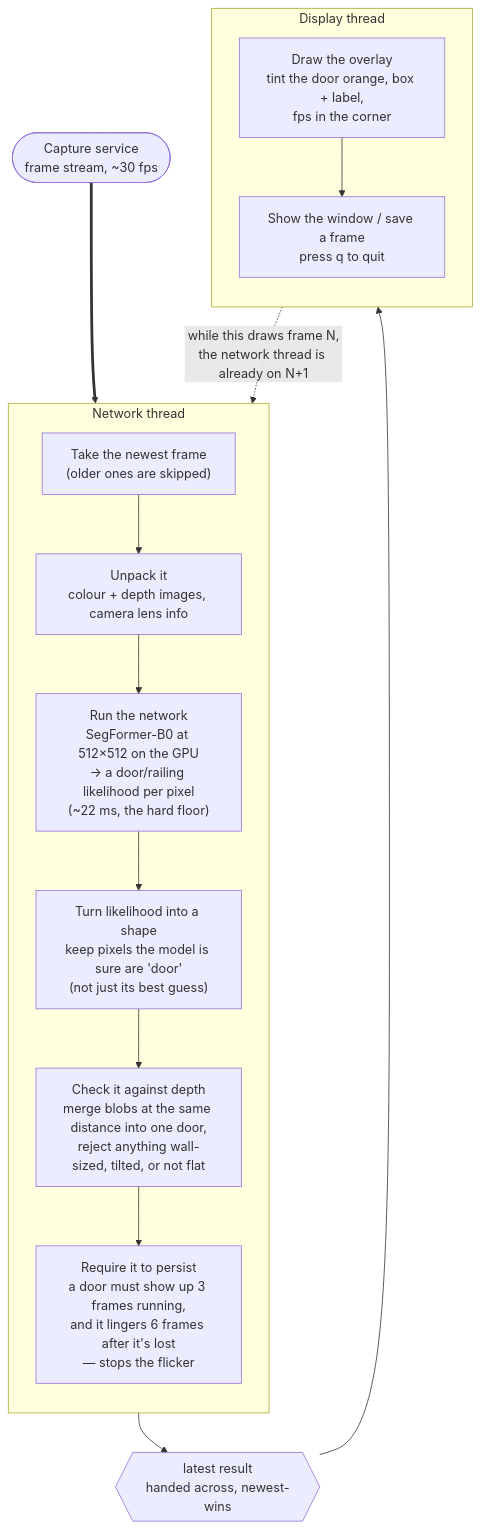
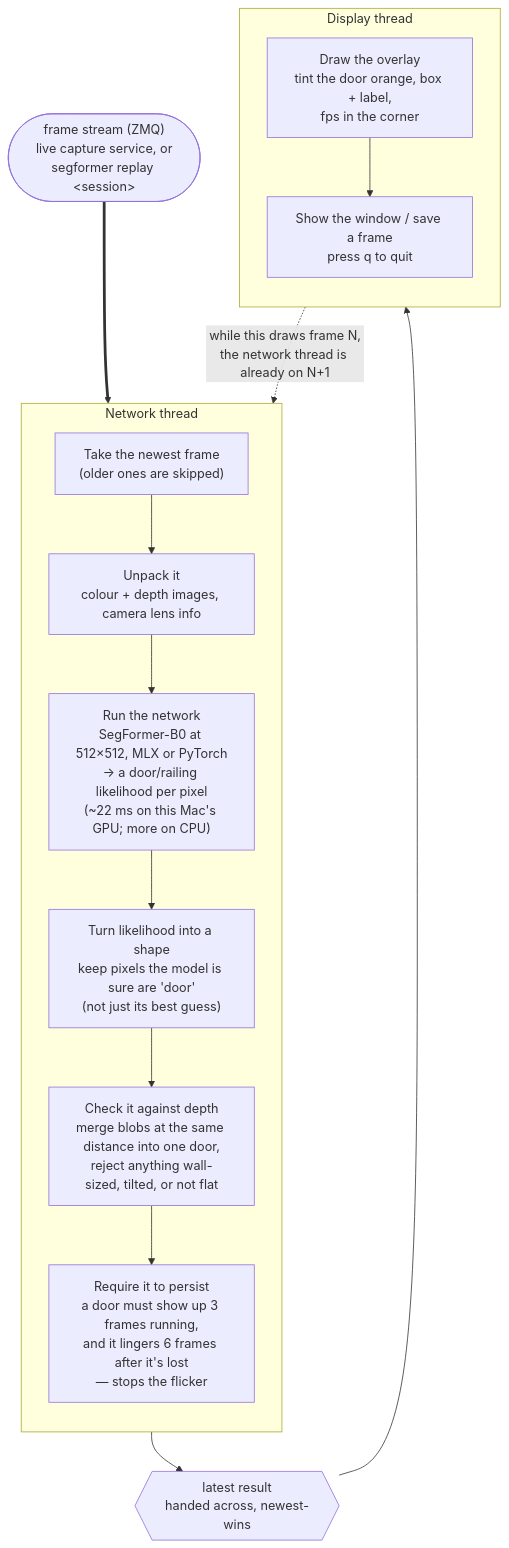
One commit to attepajula/Segformer-depth-object-detection changed the diagram in docs/dataflow.md. Above: the diagram before and after it, drawn with Mermaid. The commit also changed other lines of this file and 32 other files, not shown here.

````diff
--- a/docs/dataflow.md
+++ b/docs/dataflow.md
@@ -7,28 +14,28 @@
 ```mermaid
 flowchart TB
-    IN(["Capture service<br/>frame stream, ~30 fps"])
+    IN(["frame stream (ZMQ)<br/>live capture service, or<br/>segformer replay &lt;session&gt;"])
 
     subgraph WORK["Network thread"]
         direction TB
         RECV["Take the newest frame<br/>(older ones are skipped)"]
         UNPACK["Unpack it<br/>colour + depth images, camera lens info"]
-        NET["Run the network<br/>SegFormer-B0 at 512×512 on the GPU<br/>→ a door/railing likelihood per pixel<br/>(~22 ms, the hard floor)"]
+        NET["Run the network<br/>SegFormer-B0 at 512×512, MLX or PyTorch<br/>→ a door/railing likelihood per pixel<br/>(~22 ms on this Mac's GPU; more on CPU)"]
         MASK["Turn likelihood into a shape<br/>keep pixels the model is sure are 'door'<br/>(not just its best guess)"]
         DEPTH["Check it against depth<br/>merge blobs at the same distance into one door,<br/>reject anything wall-sized, tilted, or not flat"]
         HOLD["Require it to persist<br/>a door must show up 3 frames running,<br/>and it lingers 6 frames after it's lost<br/>— stops the flicker"]
         RECV --> UNPACK --> NET --> MASK --> DEPTH --> HOLD
     end
 
     HANDOFF{{"latest result<br/>handed across, newest-wins"}}
 
     subgraph DRAW["Display thread"]
         direction TB
         OVER["Draw the overlay<br/>tint the door orange, box + label,<br/>fps in the corner"]
         SHOW["Show the window / save a frame<br/>press q to quit"]
         OVER --> SHOW
     end
 
     IN ==> RECV
     HOLD --> HANDOFF --> OVER
     SHOW -.->|"while this draws frame N,<br/>the network thread is already on N+1"| RECV
 ```
````
